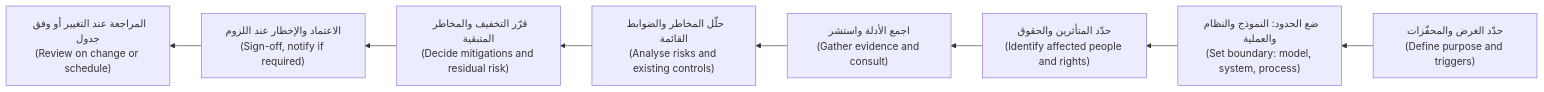
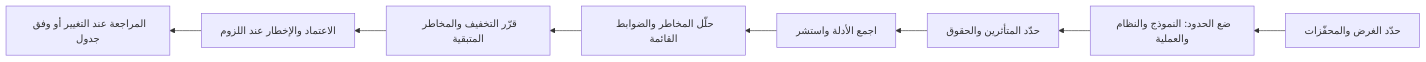
One commit to Tamoura/system-design-for-vibe-coders changed the second of 2 diagrams in aigp/modules/11-deployment.ar.md. Above: the diagram before and after it, drawn with Mermaid. The commit also changed other lines of this file and 551 other files, not shown here.

````diff
--- a/aigp/modules/11-deployment.ar.md
+++ b/aigp/modules/11-deployment.ar.md
@@ -534,10 +573,10 @@
 ```mermaid
 flowchart RL
-  A["حدّد الغرض والمحفّزات<br/>(Define purpose and triggers)"] --> B["ضع الحدود: النموذج والنظام والعملية<br/>(Set boundary: model, system, process)"]
-  B --> C["حدّد المتأثرين والحقوق<br/>(Identify affected people and rights)"]
-  C --> D["اجمع الأدلة واستشر<br/>(Gather evidence and consult)"]
-  D --> E["حلّل المخاطر والضوابط القائمة<br/>(Analyse risks and existing controls)"]
-  E --> F["قرّر التخفيف والمخاطر المتبقية<br/>(Decide mitigations and residual risk)"]
-  F --> G["الاعتماد والإخطار عند اللزوم<br/>(Sign-off, notify if required)"]
-  G --> H["المراجعة عند التغيير أو وفق جدول<br/>(Review on change or schedule)"]
+  A["حدّد الغرض والمحفّزات"] --> B["ضع الحدود: النموذج والنظام والعملية"]
+  B --> C["حدّد المتأثرين والحقوق"]
+  C --> D["اجمع الأدلة واستشر"]
+  D --> E["حلّل المخاطر والضوابط القائمة"]
+  E --> F["قرّر التخفيف والمخاطر المتبقية"]
+  F --> G["الاعتماد والإخطار عند اللزوم"]
+  G --> H["المراجعة عند التغيير أو وفق جدول"]
 ```
````
